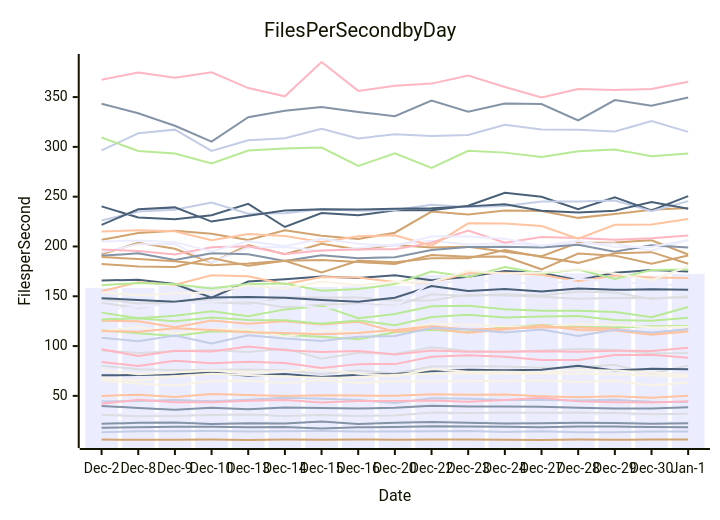
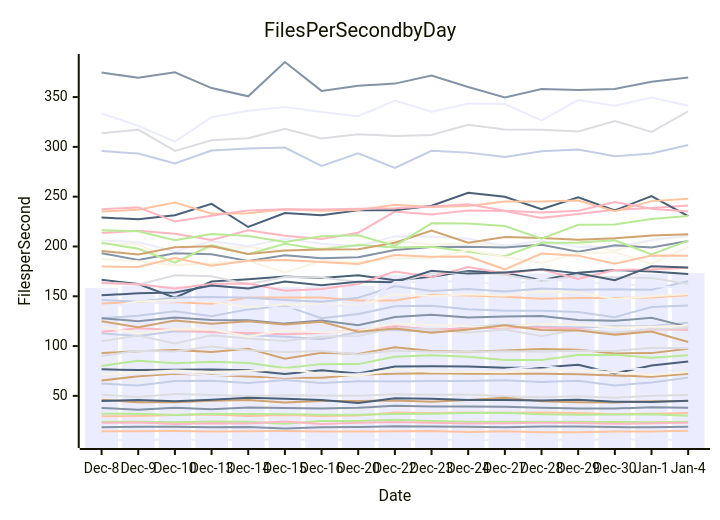
Before and after one commit to streetsidesoftware/cspell: the diagram in perf-report.md, drawn with Mermaid. The commit also changed other lines of this file and 1 other file, not shown here.

````diff
--- a/perf-report.md
+++ b/perf-report.md
@@ -11,57 +11,57 @@
 ```mermaid
 xychart-beta
     title Files Per Second by Day
     y-axis Files per Second
-    x-axis Date [Dec-2, Dec-8, Dec-9, Dec-10, Dec-13, Dec-14, Dec-15, Dec-16, Dec-20, Dec-22, Dec-23, Dec-24, Dec-27, Dec-28, Dec-29, Dec-30, Jan-1]
-    bar [158.41, 158.24, 160.26, 160.13, 162.46, 160.30, 159.32, 159.99, 160.32, 171.41, 173.30, 173.54, 170.88, 173.10, 172.87, 170.63, 172.55]
-    line [39.93, 37.87, 36.13, 38.10, 36.47, 38.38, 37.81, 37.32, 38.13, 39.99, 39.24, 39.22, 39.13, 37.99, 37.43, 37.30, 38.53]
-    line [49.95, 51.18, 48.94, 51.93, 50.78, 49.91, 50.66, 50.34, 50.02, 51.61, 51.21, 51.38, 49.64, 48.60, 49.52, 48.09, 50.03]
-    line [80.27, 76.65, 75.94, 76.12, 76.57, 75.62, 71.86, 75.70, 72.52, 79.52, 79.75, 79.57, 78.19, 78.53, 81.17, 72.47, 80.44]
-    line [115.87, 112.86, 110.11, 114.79, 114.58, 111.22, 109.33, 106.79, 113.91, 116.30, 113.89, 119.27, 121.25, 119.32, 118.60, 119.88, 120.18]
-    line [6.12, 6.00, 6.03, 6.11, 5.69, 6.12, 5.85, 6.27, 5.94, 6.19, 6.23, 6.06, 5.80, 6.19, 6.04, 6.09, 6.29]
-    line [44.42, 44.87, 45.90, 44.67, 46.00, 48.05, 47.07, 45.85, 42.75, 47.52, 47.21, 45.81, 45.88, 45.34, 46.09, 44.04, 43.96]
-    line [42.00, 46.02, 43.67, 43.68, 45.02, 45.75, 43.43, 44.94, 44.85, 45.35, 43.98, 45.75, 48.03, 44.47, 43.53, 43.39, 44.67]
-    line [165.94, 166.49, 162.27, 148.64, 164.74, 167.10, 169.90, 168.25, 171.20, 165.98, 169.49, 175.43, 173.51, 166.13, 173.69, 176.28, 174.86]
-    line [115.04, 119.17, 112.82, 116.99, 116.61, 109.61, 115.93, 113.66, 115.36, 122.68, 121.26, 119.81, 119.36, 122.21, 121.33, 118.71, 119.46]
-    line [31.76, 31.99, 31.99, 30.84, 32.08, 31.89, 31.67, 31.01, 31.00, 31.79, 31.95, 32.72, 33.00, 31.56, 31.04, 31.19, 31.58]
-    line [343.35, 333.69, 321.17, 305.21, 329.78, 336.28, 339.96, 335.03, 330.81, 346.52, 335.23, 343.48, 342.97, 326.49, 346.96, 341.41, 349.59]
-    line [125.41, 124.96, 118.90, 125.77, 122.50, 124.97, 121.63, 124.44, 114.40, 117.66, 113.42, 116.57, 120.86, 116.04, 115.61, 111.25, 114.64]
-    line [95.57, 93.03, 94.71, 95.93, 94.05, 97.42, 87.40, 93.20, 92.02, 98.77, 95.06, 94.41, 95.55, 97.07, 96.22, 92.57, 92.92]
-    line [126.68, 128.02, 124.91, 128.75, 126.25, 125.99, 122.54, 125.77, 120.95, 129.07, 131.35, 128.71, 129.73, 130.21, 126.25, 125.32, 128.46]
-    line [192.21, 203.69, 197.75, 183.65, 201.42, 192.31, 202.71, 196.90, 201.49, 199.06, 199.67, 194.62, 190.28, 203.79, 203.98, 206.16, 191.99]
-    line [13.55, 14.37, 14.53, 14.61, 14.25, 14.42, 14.66, 14.20, 14.14, 14.58, 14.66, 13.81, 14.51, 13.39, 13.58, 14.12, 14.33]
-    line [96.80, 90.09, 95.39, 94.62, 99.56, 95.79, 93.99, 95.03, 91.66, 95.50, 94.32, 94.29, 94.73, 94.34, 95.29, 95.11, 98.41]
-    line [70.66, 70.99, 71.64, 73.38, 70.10, 71.99, 68.96, 71.11, 72.00, 74.62, 76.21, 75.66, 76.28, 80.16, 75.45, 77.29, 76.83]
-    line [65.65, 62.39, 60.36, 64.84, 65.11, 62.93, 65.98, 63.02, 64.70, 64.39, 64.92, 64.92, 65.76, 63.97, 65.18, 60.36, 63.48]
-    line [193.86, 202.32, 202.37, 184.12, 199.02, 199.50, 195.58, 198.56, 202.04, 205.76, 202.04, 203.32, 201.04, 202.44, 203.10, 195.80, 206.74]
-    line [18.09, 18.49, 18.92, 19.04, 18.41, 18.71, 17.35, 18.44, 18.66, 19.39, 19.24, 18.95, 18.61, 19.20, 19.16, 18.64, 18.56]
-    line [115.04, 114.43, 117.93, 116.17, 113.85, 113.19, 111.86, 113.23, 116.22, 119.95, 116.76, 117.75, 118.71, 118.58, 117.32, 112.42, 116.77]
-    line [31.13, 29.50, 29.81, 30.70, 31.34, 29.78, 30.86, 29.89, 30.20, 33.22, 32.90, 33.40, 32.96, 33.38, 32.90, 31.64, 32.05]
-    line [133.58, 127.82, 130.48, 134.87, 129.94, 136.83, 140.59, 128.00, 132.13, 140.04, 140.36, 136.98, 135.57, 135.50, 134.25, 129.01, 139.25]
-    line [206.67, 213.42, 215.72, 212.77, 206.57, 216.35, 210.81, 207.51, 213.81, 235.09, 232.12, 236.13, 235.71, 228.72, 232.65, 236.79, 238.66]
-    line [296.47, 313.58, 317.30, 295.96, 306.54, 308.67, 318.29, 308.47, 312.68, 311.01, 311.87, 322.19, 317.56, 317.24, 315.38, 325.99, 315.10]
-    line [197.01, 195.46, 191.88, 199.25, 200.18, 192.55, 195.85, 196.96, 197.31, 203.68, 215.88, 203.82, 209.47, 208.55, 206.80, 208.32, 210.94]
-    line [240.23, 229.14, 227.27, 231.37, 242.80, 219.56, 233.62, 231.32, 236.32, 236.26, 240.94, 253.96, 249.85, 237.45, 249.30, 236.26, 250.59]
-    line [76.02, 71.59, 73.55, 75.54, 73.95, 75.07, 76.77, 72.26, 69.84, 77.03, 74.27, 74.27, 73.83, 75.96, 75.41, 73.52, 70.94]
-    line [24.46, 23.99, 23.97, 23.56, 24.27, 23.97, 21.89, 24.77, 24.75, 25.98, 24.78, 24.02, 24.07, 23.90, 24.05, 23.79, 23.47]
-    line [190.71, 193.15, 186.55, 193.19, 192.23, 185.43, 191.26, 188.26, 189.10, 196.56, 199.42, 199.83, 198.90, 201.82, 194.83, 201.20, 199.08]
-    line [215.07, 216.21, 215.29, 206.31, 212.61, 210.51, 204.56, 210.18, 211.34, 200.66, 223.22, 223.16, 220.54, 207.84, 221.69, 222.09, 227.69]
-    line [143.55, 138.09, 144.82, 146.07, 144.49, 139.02, 141.78, 142.36, 140.50, 151.95, 150.33, 152.02, 150.72, 154.90, 153.82, 147.24, 149.99]
-    line [309.39, 295.84, 293.27, 283.38, 296.25, 298.40, 299.27, 280.90, 293.45, 278.89, 296.00, 294.23, 289.77, 295.71, 297.33, 290.64, 293.31]
-    line [189.43, 187.46, 185.27, 181.05, 182.93, 185.74, 173.94, 185.68, 184.19, 188.28, 188.11, 196.54, 189.53, 183.55, 193.13, 194.30, 182.73]
-    line [226.03, 235.13, 236.77, 244.11, 232.83, 233.41, 237.39, 235.87, 236.73, 241.85, 239.59, 240.67, 245.15, 245.04, 246.20, 235.52, 245.54]
-    line [84.05, 80.02, 85.30, 82.71, 84.32, 82.91, 77.95, 81.87, 81.89, 89.30, 90.84, 89.17, 86.07, 86.04, 90.94, 91.20, 88.38]
-    line [221.75, 237.38, 239.25, 224.99, 230.85, 236.16, 237.46, 237.06, 237.81, 238.36, 240.26, 242.42, 235.97, 234.05, 235.94, 244.60, 237.90]
-    line [68.01, 65.32, 69.78, 72.32, 70.99, 69.49, 68.20, 68.29, 71.18, 72.28, 72.81, 72.16, 72.22, 72.29, 71.63, 70.43, 69.31]
-    line [205.06, 206.03, 204.37, 194.91, 205.14, 200.36, 207.64, 202.85, 200.31, 210.29, 210.04, 207.76, 200.78, 205.77, 199.55, 199.57, 206.34]
-    line [21.90, 22.93, 23.26, 21.71, 22.48, 22.26, 24.16, 21.86, 22.99, 23.86, 22.95, 22.15, 22.59, 22.93, 22.71, 21.96, 22.43]
-    line [155.06, 164.08, 161.66, 171.02, 169.99, 161.97, 169.28, 168.79, 164.45, 163.90, 173.08, 173.52, 171.67, 165.07, 170.82, 168.89, 168.46]
-    line [147.19, 142.70, 144.08, 143.97, 142.44, 148.72, 148.74, 148.66, 145.81, 145.83, 151.65, 150.82, 149.41, 147.54, 148.32, 148.24, 148.81]
-    line [161.03, 163.37, 162.01, 157.69, 162.41, 162.92, 155.61, 157.24, 162.25, 174.81, 169.46, 179.44, 172.82, 176.92, 167.34, 176.43, 176.94]
-    line [182.47, 179.95, 179.31, 188.38, 180.77, 185.77, 186.35, 184.33, 182.33, 191.53, 189.75, 189.98, 177.07, 192.83, 190.79, 182.79, 190.84]
-    line [108.44, 104.81, 110.68, 102.65, 110.81, 107.51, 105.11, 109.29, 110.23, 118.20, 116.66, 113.51, 116.56, 110.18, 116.43, 113.57, 116.81]
-    line [367.49, 374.69, 369.34, 374.83, 359.05, 350.76, 385.22, 356.23, 361.41, 363.52, 371.74, 360.07, 349.58, 358.00, 357.09, 358.22, 365.46]
-    line [148.12, 146.38, 144.41, 148.76, 149.26, 148.44, 146.25, 144.57, 148.51, 160.26, 155.20, 157.30, 154.76, 157.76, 156.45, 156.97, 156.48]
-    line [153.99, 150.95, 152.99, 153.72, 160.91, 157.90, 164.74, 161.04, 164.69, 164.20, 175.57, 172.74, 173.87, 177.24, 172.99, 166.08, 180.17]
-    line [136.51, 139.19, 142.56, 144.70, 146.06, 142.91, 137.61, 141.27, 139.39, 164.22, 164.25, 165.65, 160.55, 167.52, 164.35, 162.61, 160.21]
+    x-axis Date [Dec-8, Dec-9, Dec-10, Dec-13, Dec-14, Dec-15, Dec-16, Dec-20, Dec-22, Dec-23, Dec-24, Dec-27, Dec-28, Dec-29, Dec-30, Jan-1, Jan-4]
+    bar [158.24, 160.26, 160.13, 162.46, 160.30, 159.32, 159.99, 160.32, 171.41, 173.30, 173.54, 170.88, 173.10, 172.87, 170.63, 172.55, 173.40]
+    line [18.49, 18.92, 19.04, 18.41, 18.71, 17.35, 18.44, 18.66, 19.39, 19.24, 18.95, 18.61, 19.20, 19.16, 18.64, 18.56, 19.11]
+    line [142.70, 144.08, 143.97, 142.44, 148.72, 148.74, 148.66, 145.81, 145.83, 151.65, 150.82, 149.41, 147.54, 148.32, 148.24, 148.81, 150.90]
+    line [51.18, 48.94, 51.93, 50.78, 49.91, 50.66, 50.34, 50.02, 51.61, 51.21, 51.38, 49.64, 48.60, 49.52, 48.09, 50.03, 50.96]
+    line [23.99, 23.97, 23.56, 24.27, 23.97, 21.89, 24.77, 24.75, 25.98, 24.78, 24.02, 24.07, 23.90, 24.05, 23.79, 23.47, 23.89]
+    line [93.03, 94.71, 95.93, 94.05, 97.42, 87.40, 93.20, 92.02, 98.77, 95.06, 94.41, 95.55, 97.07, 96.22, 92.57, 92.92, 97.40]
+    line [112.86, 110.11, 114.79, 114.58, 111.22, 109.33, 106.79, 113.91, 116.30, 113.89, 119.27, 121.25, 119.32, 118.60, 119.88, 120.18, 123.54]
+    line [114.43, 117.93, 116.17, 113.85, 113.19, 111.86, 113.23, 116.22, 119.95, 116.76, 117.75, 118.71, 118.58, 117.32, 112.42, 116.77, 116.11]
+    line [166.49, 162.27, 148.64, 164.74, 167.10, 169.90, 168.25, 171.20, 165.98, 169.49, 175.43, 173.51, 166.13, 173.69, 176.28, 174.86, 172.46]
+    line [202.32, 202.37, 184.12, 199.02, 199.50, 195.58, 198.56, 202.04, 205.76, 202.04, 203.32, 201.04, 202.44, 203.10, 195.80, 206.74, 210.19]
+    line [206.03, 204.37, 194.91, 205.14, 200.36, 207.64, 202.85, 200.31, 210.29, 210.04, 207.76, 200.78, 205.77, 199.55, 199.57, 206.34, 211.29]
+    line [193.15, 186.55, 193.19, 192.23, 185.43, 191.26, 188.26, 189.10, 196.56, 199.42, 199.83, 198.90, 201.82, 194.83, 201.20, 199.08, 205.45]
+    line [29.50, 29.81, 30.70, 31.34, 29.78, 30.86, 29.89, 30.20, 33.22, 32.90, 33.40, 32.96, 33.38, 32.90, 31.64, 32.05, 32.90]
+    line [313.58, 317.30, 295.96, 306.54, 308.67, 318.29, 308.47, 312.68, 311.01, 311.87, 322.19, 317.56, 317.24, 315.38, 325.99, 315.10, 335.62]
+    line [203.69, 197.75, 183.65, 201.42, 192.31, 202.71, 196.90, 201.49, 199.06, 199.67, 194.62, 190.28, 203.79, 203.98, 206.16, 191.99, 205.87]
+    line [65.32, 69.78, 72.32, 70.99, 69.49, 68.20, 68.29, 71.18, 72.28, 72.81, 72.16, 72.22, 72.29, 71.63, 70.43, 69.31, 72.18]
+    line [127.82, 130.48, 134.87, 129.94, 136.83, 140.59, 128.00, 132.13, 140.04, 140.36, 136.98, 135.57, 135.50, 134.25, 129.01, 139.25, 140.61]
+    line [213.42, 215.72, 212.77, 206.57, 216.35, 210.81, 207.51, 213.81, 235.09, 232.12, 236.13, 235.71, 228.72, 232.65, 236.79, 238.66, 241.04]
+    line [76.65, 75.94, 76.12, 76.57, 75.62, 71.86, 75.70, 72.52, 79.52, 79.75, 79.57, 78.19, 78.53, 81.17, 72.47, 80.44, 84.62]
+    line [187.46, 185.27, 181.05, 182.93, 185.74, 173.94, 185.68, 184.19, 188.28, 188.11, 196.54, 189.53, 183.55, 193.13, 194.30, 182.73, 199.39]
+    line [70.99, 71.64, 73.38, 70.10, 71.99, 68.96, 71.11, 72.00, 74.62, 76.21, 75.66, 76.28, 80.16, 75.45, 77.29, 76.83, 74.32]
+    line [128.02, 124.91, 128.75, 126.25, 125.99, 122.54, 125.77, 120.95, 129.07, 131.35, 128.71, 129.73, 130.21, 126.25, 125.32, 128.46, 119.29]
+    line [14.37, 14.53, 14.61, 14.25, 14.42, 14.66, 14.20, 14.14, 14.58, 14.66, 13.81, 14.51, 13.39, 13.58, 14.12, 14.33, 14.89]
+    line [104.81, 110.68, 102.65, 110.81, 107.51, 105.11, 109.29, 110.23, 118.20, 116.66, 113.51, 116.56, 110.18, 116.43, 113.57, 116.81, 118.11]
+    line [80.02, 85.30, 82.71, 84.32, 82.91, 77.95, 81.87, 81.89, 89.30, 90.84, 89.17, 86.07, 86.04, 90.94, 91.20, 88.38, 90.67]
+    line [195.46, 191.88, 199.25, 200.18, 192.55, 195.85, 196.96, 197.31, 203.68, 215.88, 203.82, 209.47, 208.55, 206.80, 208.32, 210.94, 212.27]
+    line [146.38, 144.41, 148.76, 149.26, 148.44, 146.25, 144.57, 148.51, 160.26, 155.20, 157.30, 154.76, 157.76, 156.45, 156.97, 156.48, 165.11]
+    line [22.93, 23.26, 21.71, 22.48, 22.26, 24.16, 21.86, 22.99, 23.86, 22.95, 22.15, 22.59, 22.93, 22.71, 21.96, 22.43, 23.09]
+    line [229.14, 227.27, 231.37, 242.80, 219.56, 233.62, 231.32, 236.32, 236.26, 240.94, 253.96, 249.85, 237.45, 249.30, 236.26, 250.59, 230.51]
+    line [119.17, 112.82, 116.99, 116.61, 109.61, 115.93, 113.66, 115.36, 122.68, 121.26, 119.81, 119.36, 122.21, 121.33, 118.71, 119.46, 120.32]
+    line [333.69, 321.17, 305.21, 329.78, 336.28, 339.96, 335.03, 330.81, 346.52, 335.23, 343.48, 342.97, 326.49, 346.96, 341.41, 349.59, 341.28]
+    line [37.87, 36.13, 38.10, 36.47, 38.38, 37.81, 37.32, 38.13, 39.99, 39.24, 39.22, 39.13, 37.99, 37.43, 37.30, 38.53, 38.13]
+    line [235.13, 236.77, 244.11, 232.83, 233.41, 237.39, 235.87, 236.73, 241.85, 239.59, 240.67, 245.15, 245.04, 246.20, 235.52, 245.54, 248.03]
+    line [164.08, 161.66, 171.02, 169.99, 161.97, 169.28, 168.79, 164.45, 163.90, 173.08, 173.52, 171.67, 165.07, 170.82, 168.89, 168.46, 162.26]
+    line [31.99, 31.99, 30.84, 32.08, 31.89, 31.67, 31.01, 31.00, 31.79, 31.95, 32.72, 33.00, 31.56, 31.04, 31.19, 31.58, 29.96]
+    line [124.96, 118.90, 125.77, 122.50, 124.97, 121.63, 124.44, 114.40, 117.66, 113.42, 116.57, 120.86, 116.04, 115.61, 111.25, 114.64, 104.14]
+    line [295.84, 293.27, 283.38, 296.25, 298.40, 299.27, 280.90, 293.45, 278.89, 296.00, 294.23, 289.77, 295.71, 297.33, 290.64, 293.31, 301.88]
+    line [163.37, 162.01, 157.69, 162.41, 162.92, 155.61, 157.24, 162.25, 174.81, 169.46, 179.44, 172.82, 176.92, 167.34, 176.43, 176.94, 178.63]
+    line [150.95, 152.99, 153.72, 160.91, 157.90, 164.74, 161.04, 164.69, 164.20, 175.57, 172.74, 173.87, 177.24, 172.99, 166.08, 180.17, 178.86]
+    line [71.59, 73.55, 75.54, 73.95, 75.07, 76.77, 72.26, 69.84, 77.03, 74.27, 74.27, 73.83, 75.96, 75.41, 73.52, 70.94, 73.88]
+    line [6.00, 6.03, 6.11, 5.69, 6.12, 5.85, 6.27, 5.94, 6.19, 6.23, 6.06, 5.80, 6.19, 6.04, 6.09, 6.29, 5.84]
+    line [374.69, 369.34, 374.83, 359.05, 350.76, 385.22, 356.23, 361.41, 363.52, 371.74, 360.07, 349.58, 358.00, 357.09, 358.22, 365.46, 369.67]
+    line [179.95, 179.31, 188.38, 180.77, 185.77, 186.35, 184.33, 182.33, 191.53, 189.75, 189.98, 177.07, 192.83, 190.79, 182.79, 190.84, 190.57]
+    line [90.09, 95.39, 94.62, 99.56, 95.79, 93.99, 95.03, 91.66, 95.50, 94.32, 94.29, 94.73, 94.34, 95.29, 95.11, 98.41, 97.71]
+    line [216.21, 215.29, 206.31, 212.61, 210.51, 204.56, 210.18, 211.34, 200.66, 223.22, 223.16, 220.54, 207.84, 221.69, 222.09, 227.69, 230.50]
+    line [46.02, 43.67, 43.68, 45.02, 45.75, 43.43, 44.94, 44.85, 45.35, 43.98, 45.75, 48.03, 44.47, 43.53, 43.39, 44.67, 44.89]
+    line [62.39, 60.36, 64.84, 65.11, 62.93, 65.98, 63.02, 64.70, 64.39, 64.92, 64.92, 65.76, 63.97, 65.18, 60.36, 63.48, 68.31]
+    line [237.38, 239.25, 224.99, 230.85, 236.16, 237.46, 237.06, 237.81, 238.36, 240.26, 242.42, 235.97, 234.05, 235.94, 244.60, 237.90, 235.19]
+    line [44.87, 45.90, 44.67, 46.00, 48.05, 47.07, 45.85, 42.75, 47.52, 47.21, 45.81, 45.88, 45.34, 46.09, 44.04, 43.96, 45.03]
+    line [138.09, 144.82, 146.07, 144.49, 139.02, 141.78, 142.36, 140.50, 151.95, 150.33, 152.02, 150.72, 154.90, 153.82, 147.24, 149.99, 152.22]
+    line [139.19, 142.56, 144.70, 146.06, 142.91, 137.61, 141.27, 139.39, 164.22, 164.25, 165.65, 160.55, 167.52, 164.35, 162.61, 160.21, 158.39]
 ```
````
